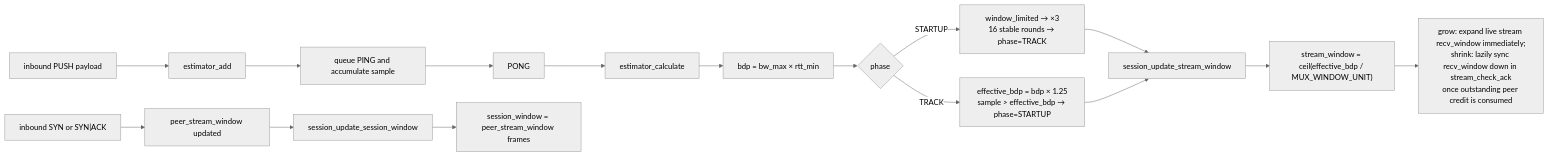
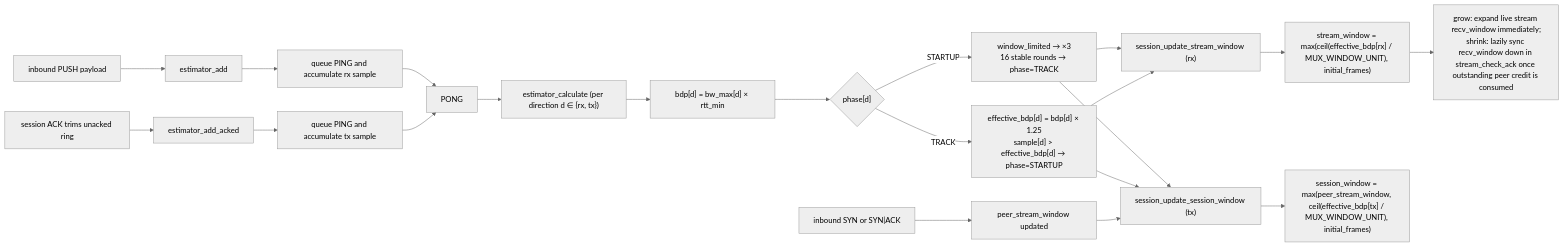
One commit to hexian000/multiplexd changed diagram 12 of 17 in doc/impl.md. Above: the diagram before and after it, drawn with Mermaid (neutral theme). The commit also changed other lines of this file and 61 other files, not shown here.

````diff
--- a/doc/impl.md
+++ b/doc/impl.md
@@ -584,20 +613,22 @@
 ```mermaid
 flowchart LR
-  A[inbound PUSH payload] --> B[estimator_add]
-  B --> C[queue PING and accumulate sample]
-  C --> D[PONG]
-  D --> E[estimator_calculate]
-  E --> F["bdp = bw_max × rtt_min"]
-  F --> G{phase}
-  G -- STARTUP --> H1["window_limited → ×3<br/>16 stable rounds → phase=TRACK"]
-  G -- TRACK --> H2["effective_bdp = bdp × 1.25<br/>sample > effective_bdp → phase=STARTUP"]
-  H1 & H2 --> I[session_update_stream_window]
-  I --> J["stream_window = ceil(effective_bdp / MUX_WINDOW_UNIT)"]
-  J --> K[grow: expand live stream recv_window immediately;
-shrink: lazily sync recv_window down in stream_check_ack
-once outstanding peer credit is consumed]
+    A[inbound PUSH payload] --> B[estimator_add]
+    B --> C["queue PING and accumulate rx sample"]
+    A2["session ACK trims unacked ring"] --> B2[estimator_add_acked]
+    B2 --> C2["queue PING and accumulate tx sample"]
+    C --> D[PONG]
+    C2 --> D
+    D --> E["estimator_calculate (per direction d ∈ {rx, tx})"]
+    E --> F["bdp[d] = bw_max[d] × rtt_min"]
+    F --> G{"phase[d]"}
+    G -- STARTUP --> H1["window_limited → ×3<br/>16 stable rounds → phase=TRACK"]
+    G -- TRACK --> H2["effective_bdp[d] = bdp[d] × 1.25<br/>sample[d] > effective_bdp[d] → phase=STARTUP"]
+    H1 & H2 --> I["session_update_stream_window (rx)"]
+    H1 & H2 --> I2["session_update_session_window (tx)"]
+    I --> J["stream_window = max(ceil(effective_bdp[rx] / MUX_WINDOW_UNIT), initial_frames)"]
+    J --> K["grow: expand live stream recv_window immediately;<br/>shrink: lazily sync recv_window down in stream_check_ack once outstanding peer credit is consumed"]
+    I2 --> O["session_window = max(peer_stream_window, ceil(effective_bdp[tx] / MUX_WINDOW_UNIT), initial_frames)"]
 
-  L["inbound SYN or SYN|ACK"] --> M[peer_stream_window updated]
-  M --> N[session_update_session_window]
-  N --> O[session_window = peer_stream_window frames]
+    L["inbound SYN or SYN|ACK"] --> M[peer_stream_window updated]
+    M --> I2
 ```
````
